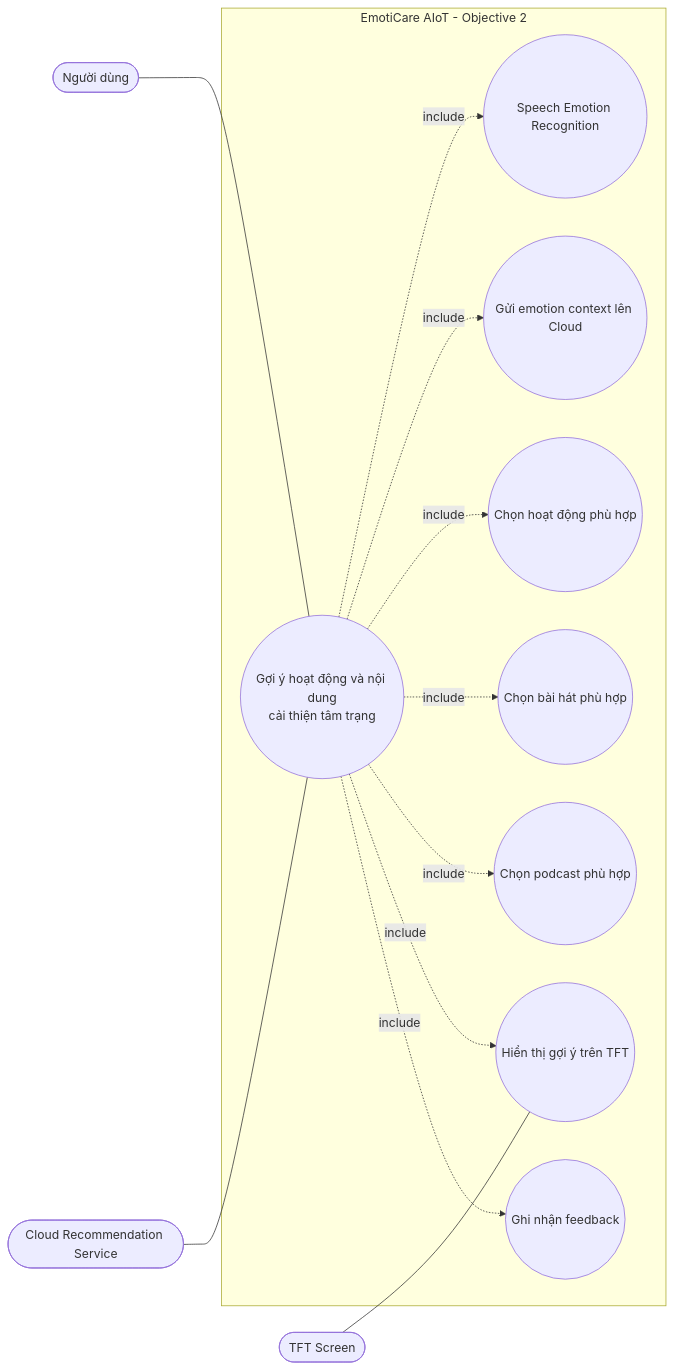
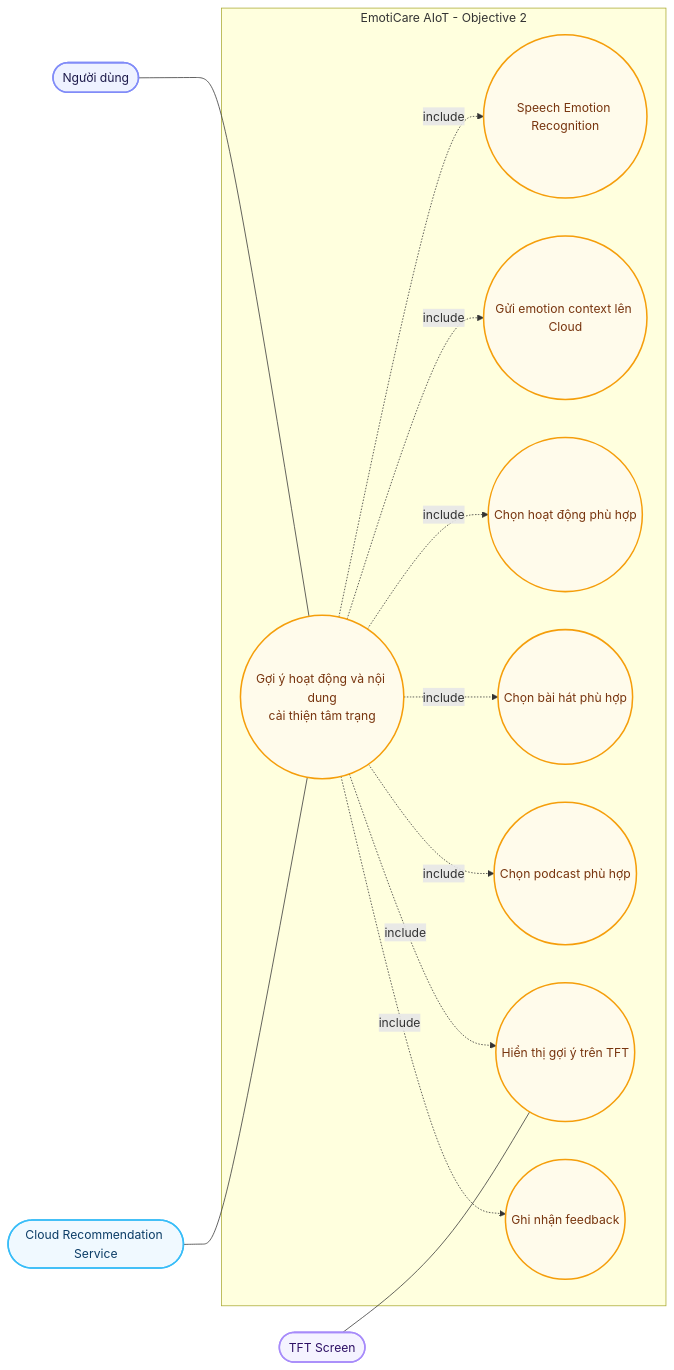
Before and after one commit to Computer-Vision-HCMUS/AIoT-Server: the fifth of 12 diagrams in docs/Spectification/EmotiCareAIoT/03_Objectives.md, drawn with Mermaid. The commit also changed other lines of this file and 88 other files, not shown here.

````diff
--- a/docs/Spectification/EmotiCareAIoT/03_Objectives.md
+++ b/docs/Spectification/EmotiCareAIoT/03_Objectives.md
@@ -217,28 +272,40 @@
 ```mermaid
 flowchart LR
     User(["Người dùng"])
     Cloud(["Cloud Recommendation Service"])
     TFT(["TFT Screen"])
 
     subgraph System["EmotiCare AIoT - Objective 2"]
         UC02(("Gợi ý hoạt động và nội dung\ncải thiện tâm trạng"))
         UC01(("Speech Emotion Recognition"))
         UC02A(("Gửi emotion context lên Cloud"))
         UC02B(("Chọn hoạt động phù hợp"))
         UC02C(("Chọn bài hát phù hợp"))
         UC02D(("Chọn podcast phù hợp"))
         UC02E(("Hiển thị gợi ý trên TFT"))
         UC02F(("Ghi nhận feedback"))
     end
 
     User --- UC02
     Cloud --- UC02
     TFT --- UC02E
     UC02 -. "include" .-> UC01
     UC02 -. "include" .-> UC02A
     UC02 -. "include" .-> UC02B
     UC02 -. "include" .-> UC02C
     UC02 -. "include" .-> UC02D
     UC02 -. "include" .-> UC02E
     UC02 -. "include" .-> UC02F
+
+
+    classDef userNode stroke:#818cf8,fill:#eef2ff,stroke-width:2px,color:#1e1b4b
+    classDef edgeNode stroke:#a78bfa,fill:#f5f3ff,stroke-width:2px,color:#2e1065
+    classDef cacheNode stroke:#2dd4bf,fill:#f0fdfa,stroke-width:2px,color:#0d5a57
+    classDef cloudNode stroke:#38bdf8,fill:#f0f9ff,stroke-width:2px,color:#0c3d67
+    classDef serviceNode stroke:#4ade80,fill:#f0fdf4,stroke-width:2px,color:#1a3a1a
+    classDef actionNode stroke:#f59e0b,fill:#fffbeb,stroke-width:2px,color:#78350f
+    class User userNode
+    class TFT edgeNode
+    class Cloud cloudNode
+    class UC02,UC01,UC02A,UC02B,UC02C,UC02D,UC02E,UC02F actionNode
 ```
````
